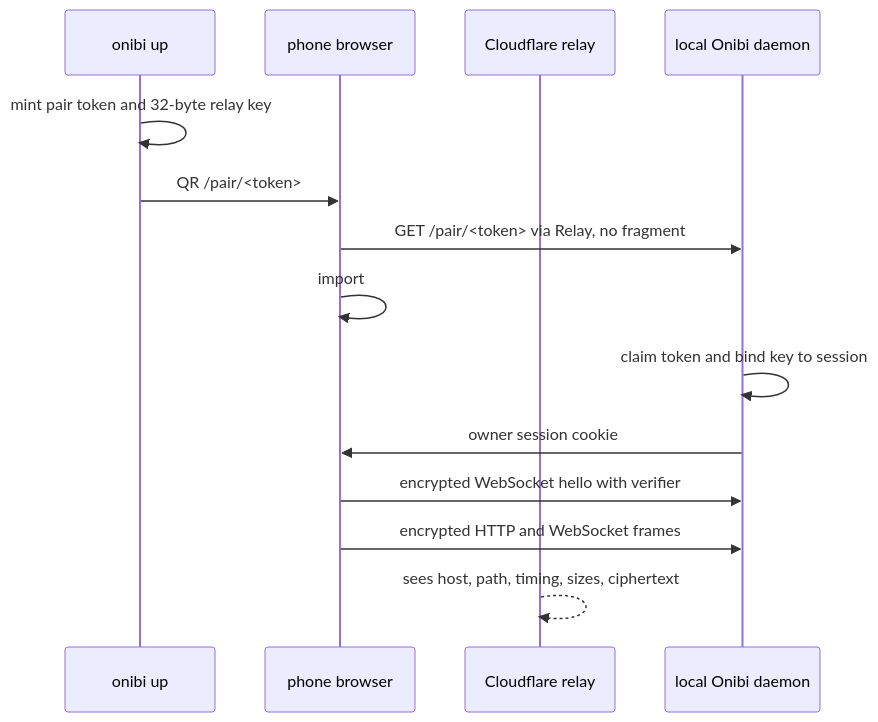
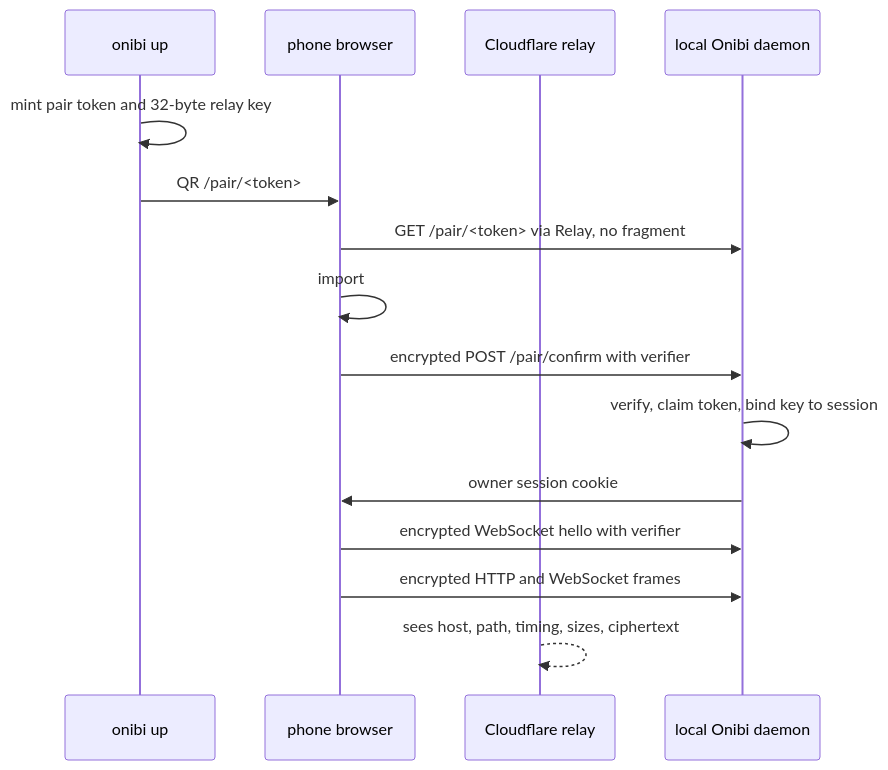
Before and after one commit to gongahkia/onibi: the diagram in docs/blog/2026-e2e-frame-protocol.md, drawn with Mermaid. The commit also changed other lines of this file and 7 other files, not shown here.

Commit message:
e2e: add encrypted pair confirm

````diff
--- a/docs/blog/2026-e2e-frame-protocol.md
+++ b/docs/blog/2026-e2e-frame-protocol.md
@@ -18,17 +18,18 @@
 ```mermaid
 sequenceDiagram
   participant CLI as onibi up
   participant Phone as phone browser
   participant Relay as Cloudflare relay
   participant Web as local Onibi daemon
 
   CLI->>CLI: mint pair token and 32-byte relay key
   CLI->>Phone: QR /pair/<token>#k=<relay-key>
   Phone->>Web: GET /pair/<token> via Relay, no fragment
   Phone->>Phone: import #k, then remove fragment
-  Web->>Web: claim token and bind key to session
+  Phone->>Web: encrypted POST /pair/confirm with verifier
+  Web->>Web: verify, claim token, bind key to session
   Web->>Phone: owner session cookie
   Phone->>Web: encrypted WebSocket hello with verifier
   Phone->>Web: encrypted HTTP and WebSocket frames
   Relay-->>Relay: sees host, path, timing, sizes, ciphertext
 ```
````
